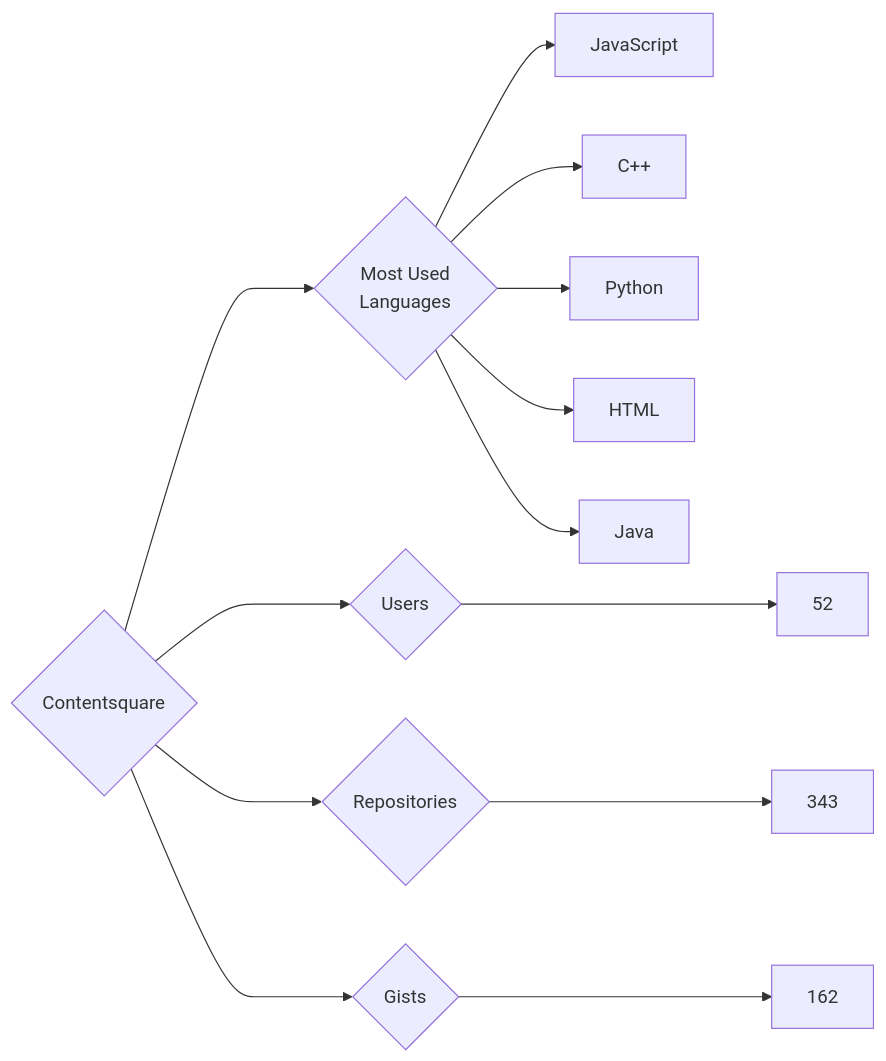
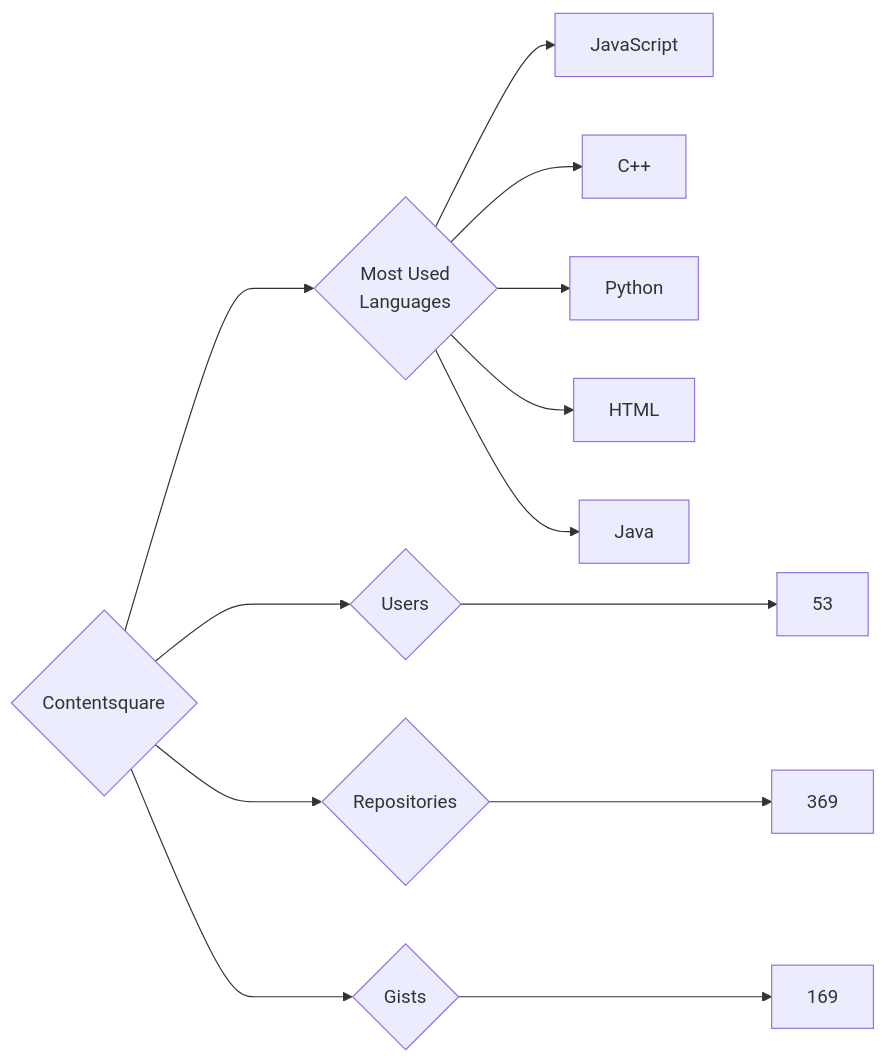
The diagram in targets/Contentsquare/README.md (trickest/insiders), drawn with Mermaid before and after one commit. The commit also changed 938 other files, not shown here.

````diff
--- a/targets/Contentsquare/README.md
+++ b/targets/Contentsquare/README.md
@@ -3,13 +3,13 @@
 ```mermaid
 graph LR
 COMPANY_NAME{Contentsquare}
-COMPANY_NAME ---> U{Users} ---> UN[52]
-COMPANY_NAME ---> R{Repositories} ---> RN[343]
-COMPANY_NAME ---> G{Gists} ---> GN[162]
+COMPANY_NAME ---> U{Users} ---> UN[53]
+COMPANY_NAME ---> R{Repositories} ---> RN[369]
+COMPANY_NAME ---> G{Gists} ---> GN[169]
 COMPANY_NAME ---> ML{Most Used<br>Languages}
 ML --> JavaScript[JavaScript]
 ML --> C++[C++]
 ML --> Python[Python]
 ML --> HTML[HTML]
 ML --> Java[Java]
 ```
````
